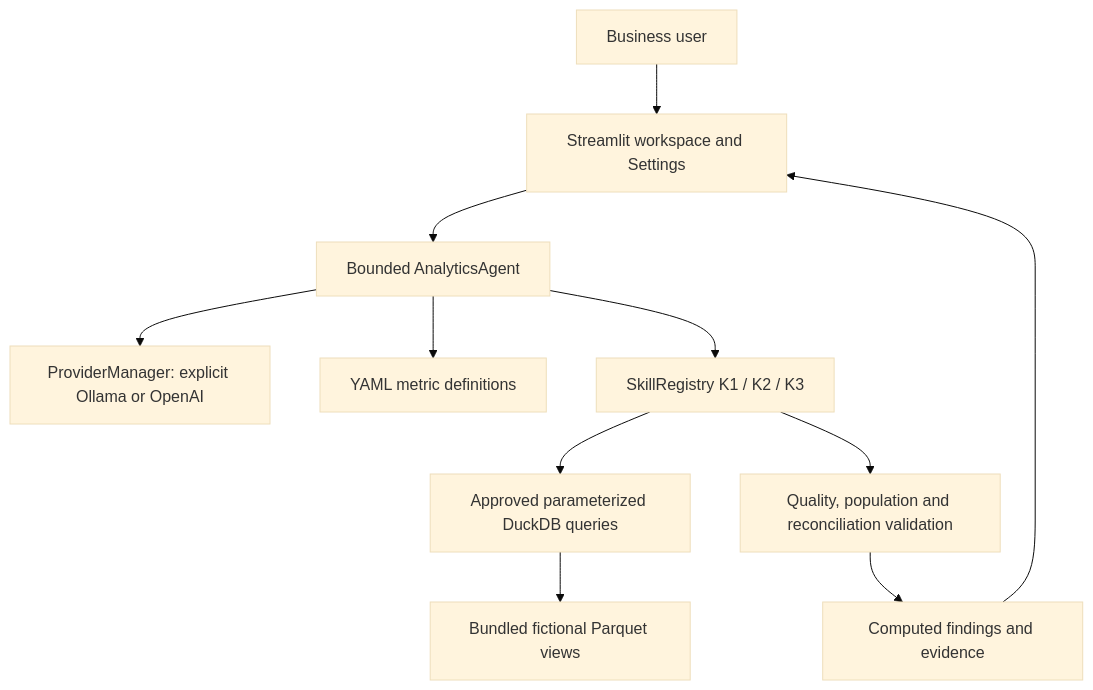
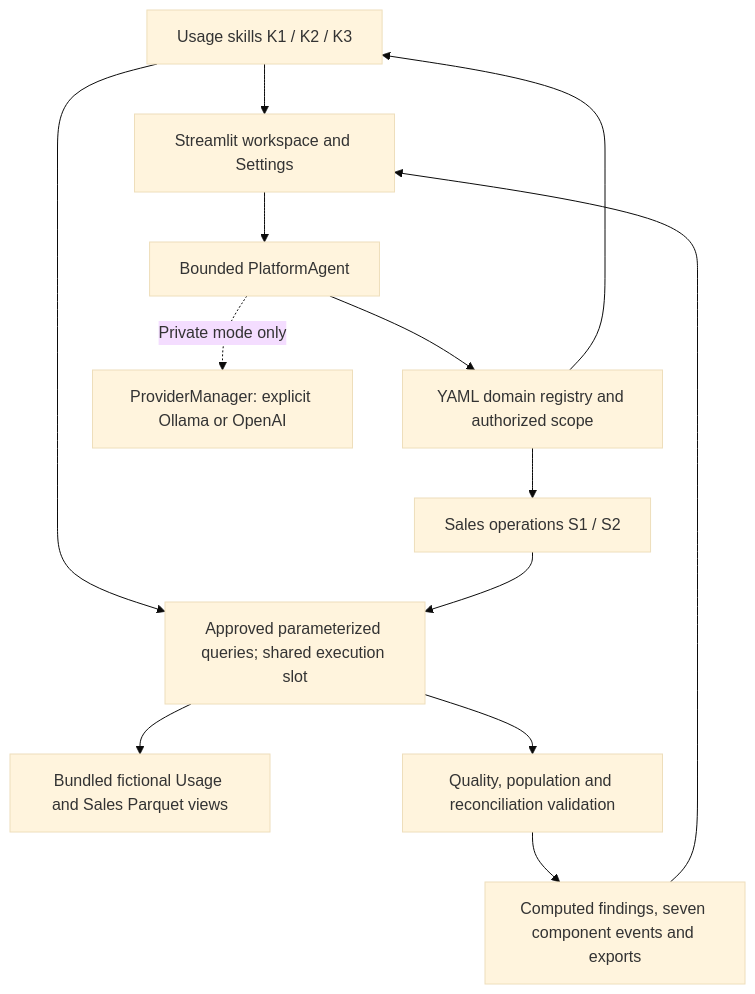
Before and after one commit to jllabstech-hub/AnalyticsAgent: the diagram in ARCHITECTURE.md, drawn with Mermaid (base theme). The commit also changed other lines of this file and 19 other files, not shown here.

````diff
--- a/ARCHITECTURE.md
+++ b/ARCHITECTURE.md
@@ -8,13 +8,15 @@
 ```mermaid
 flowchart TD
     U[Business user] --> UI[Streamlit workspace and Settings]
-    UI --> A[Bounded AnalyticsAgent]
-    A --> P[ProviderManager: explicit Ollama or OpenAI]
-    A --> S[YAML metric definitions]
-    A --> R[SkillRegistry K1 / K2 / K3]
-    R --> E[Approved parameterized DuckDB queries]
-    E --> D[Bundled fictional Parquet views]
-    R --> V[Quality, population and reconciliation validation]
-    V --> F[Computed findings and evidence]
+    UI --> A[Bounded PlatformAgent]
+    A --> R[YAML domain registry and authorized scope]
+    A -. Private mode only .-> P[ProviderManager: explicit Ollama or OpenAI]
+    R --> U[Usage skills K1 / K2 / K3]
+    R --> S[Sales operations S1 / S2]
+    U --> E[Approved parameterized queries; shared execution slot]
+    S --> E
+    E --> D[Bundled fictional Usage and Sales Parquet views]
+    E --> V[Quality, population and reconciliation validation]
+    V --> F[Computed findings, seven component events and exports]
     F --> UI
 ```
````
